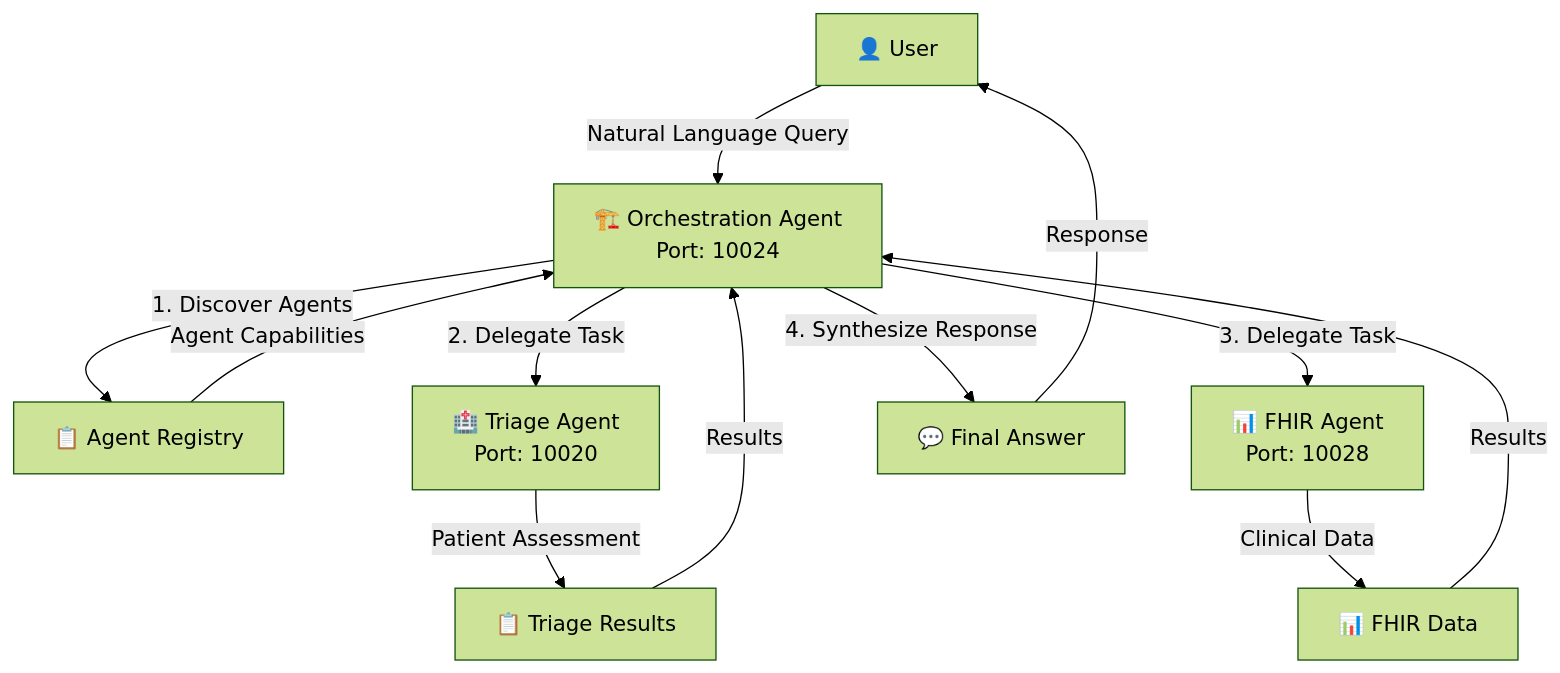
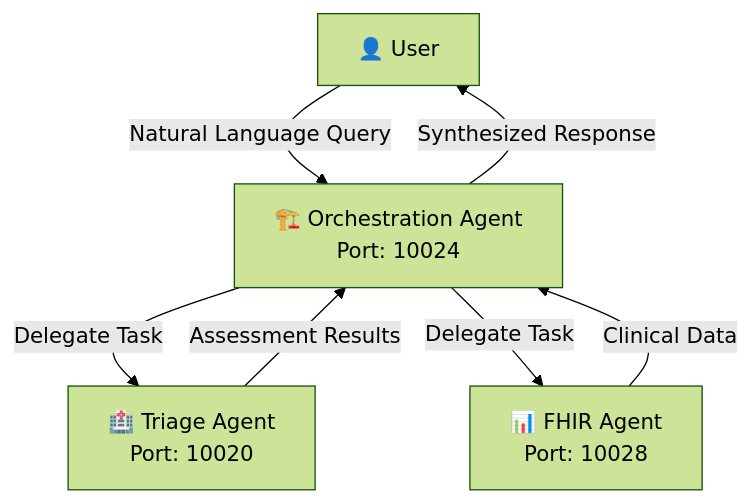
One commit to micklynch/health-agents-collective changed the first of 2 diagrams in README.md. Above: the diagram before and after it, drawn with Mermaid (forest theme). The commit also changed other lines of this file and 1 other file, not shown here.

Commit message:
docs: Simplify README content, diagrams, and installation instructions, and update environment variables for Logfire.

````diff
--- a/README.md
+++ b/README.md
@@ -28,19 +15,12 @@
 ```mermaid
 graph TB
     User[👤 User] -->|"Natural Language Query"| Orchestration[🏗️ Orchestration Agent<br/>Port: 10024]
-
-    Orchestration -->|"1. Discover Agents"| Registry[📋 Agent Registry]
-    Registry -->|"Agent Capabilities"| Orchestration
-
-    Orchestration -->|"2. Delegate Task"| Triage[🏥 Triage Agent<br/>Port: 10020]
-    Orchestration -->|"3. Delegate Task"| FHIR[📊 FHIR Agent<br/>Port: 10028]
-
-    Triage -->|"Patient Assessment"| TriageResponse[📋 Triage Results]
-    FHIR -->|"Clinical Data"| FHIRResponse[📊 FHIR Data]
-
-    TriageResponse -->|"Results"| Orchestration
-    FHIRResponse -->|"Results"| Orchestration
-
-    Orchestration -->|"4. Synthesize Response"| UserResponse[💬 Final Answer]
-    UserResponse -->|"Response"| User
+    
+    Orchestration -->|"Delegate Task"| Triage[🏥 Triage Agent<br/>Port: 10020]
+    Orchestration -->|"Delegate Task"| FHIR[📊 FHIR Agent<br/>Port: 10028]
+    
+    Triage -->|"Assessment Results"| Orchestration
+    FHIR -->|"Clinical Data"| Orchestration
+    
+    Orchestration -->|"Synthesized Response"| User
 ```
````
